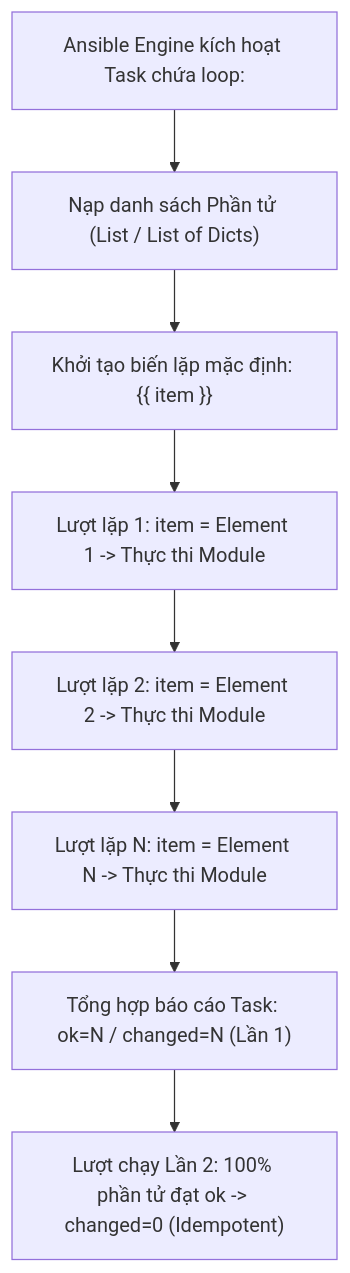
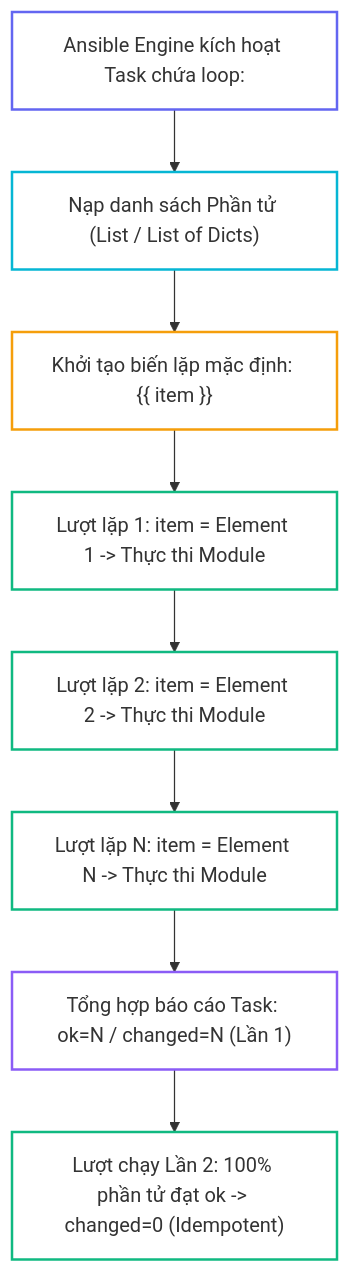
The first of 3 diagrams in _posts/2026-09-13-ansible-10-10-loops.md (kiennt308/ntk), drawn with Mermaid before and after one commit. The commit also changed other lines of this file and 30 other files, not shown here.

````diff
--- a/_posts/2026-09-13-ansible-10-10-loops.md
+++ b/_posts/2026-09-13-ansible-10-10-loops.md
@@ -82,12 +82,21 @@
 ```mermaid
 graph TD
     A["Ansible Engine kích hoạt Task chứa loop:"] --> B["Nạp danh sách Phần tử (List / List of Dicts)"]
     B --> C["Khởi tạo biến lặp mặc định: {{ item }}"]
     
     C --> D["Lượt lặp 1: item = Element 1 -> Thực thi Module"]
     D --> E["Lượt lặp 2: item = Element 2 -> Thực thi Module"]
     E --> F["Lượt lặp N: item = Element N -> Thực thi Module"]
     
     F --> G["Tổng hợp báo cáo Task: ok=N / changed=N (Lần 1)"]
     G --> H["Lượt chạy Lần 2: 100% phần tử đạt ok -> changed=0 (Idempotent)"]
+
+    style A fill:none,stroke:#6366f1,stroke-width:2px
+    style B fill:none,stroke:#06b6d4,stroke-width:2px
+    style C fill:none,stroke:#f59e0b,stroke-width:2px
+    style D fill:none,stroke:#10b981,stroke-width:2px
+    style E fill:none,stroke:#10b981,stroke-width:2px
+    style F fill:none,stroke:#10b981,stroke-width:2px
+    style G fill:none,stroke:#8b5cf6,stroke-width:2px
+    style H fill:none,stroke:#10b981,stroke-width:2px
 ```
````
